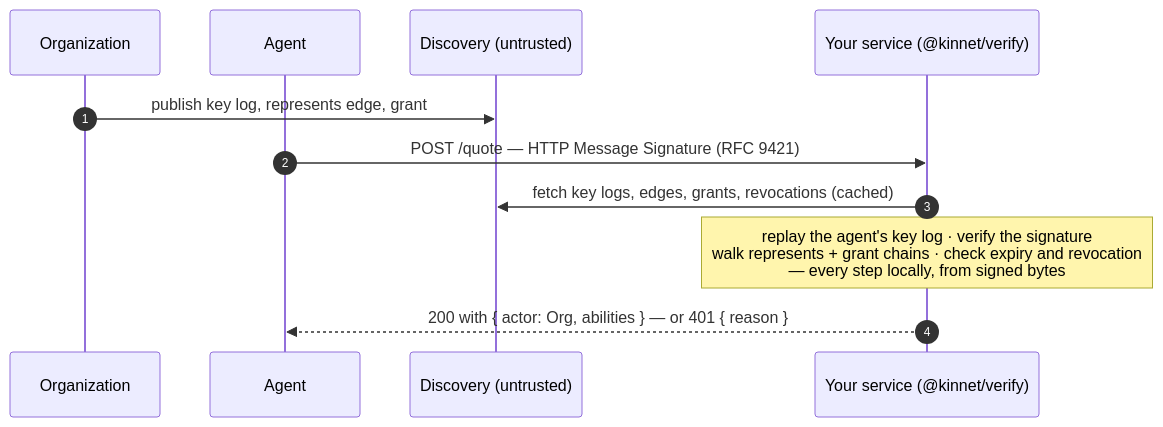
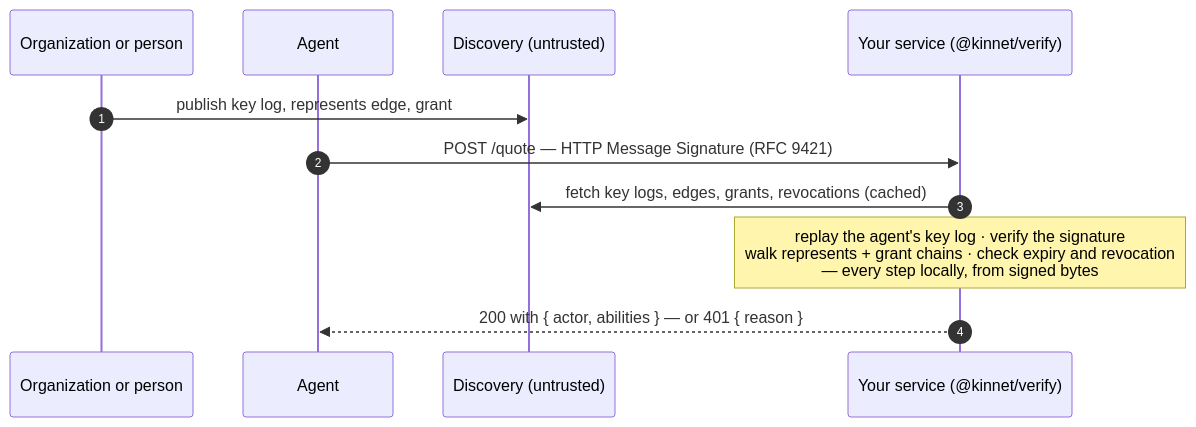
The second of 2 diagrams in README.md (HumanMeetsAi/kinnet), drawn with Mermaid before and after one commit. The commit also changed other lines of this file, not shown here.

````diff
--- a/README.md
+++ b/README.md
@@ -78,13 +111,13 @@
 ```mermaid
 sequenceDiagram
   autonumber
-  participant Org as Organization
+  participant Org as Organization or person
   participant Agent
   participant Disc as Discovery (untrusted)
   participant Svc as Your service (@kinnet/verify)
   Org->>Disc: publish key log, represents edge, grant
   Agent->>Svc: POST /quote — HTTP Message Signature (RFC 9421)
   Svc->>Disc: fetch key logs, edges, grants, revocations (cached)
   Note over Svc: replay the agent's key log · verify the signature<br/>walk represents + grant chains · check expiry and revocation<br/>— every step locally, from signed bytes
-  Svc-->>Agent: 200 with { actor: Org, abilities } — or 401 { reason }
+  Svc-->>Agent: 200 with { actor, abilities } — or 401 { reason }
 ```
````
